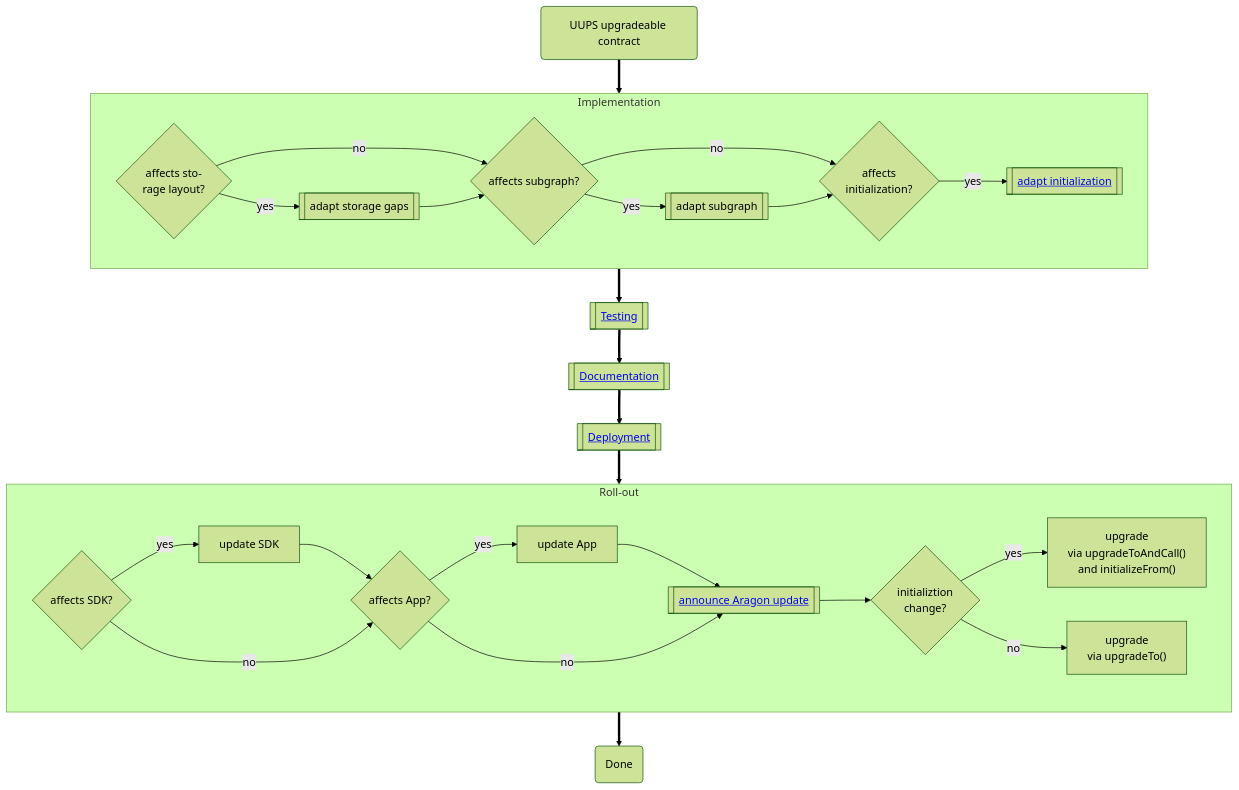
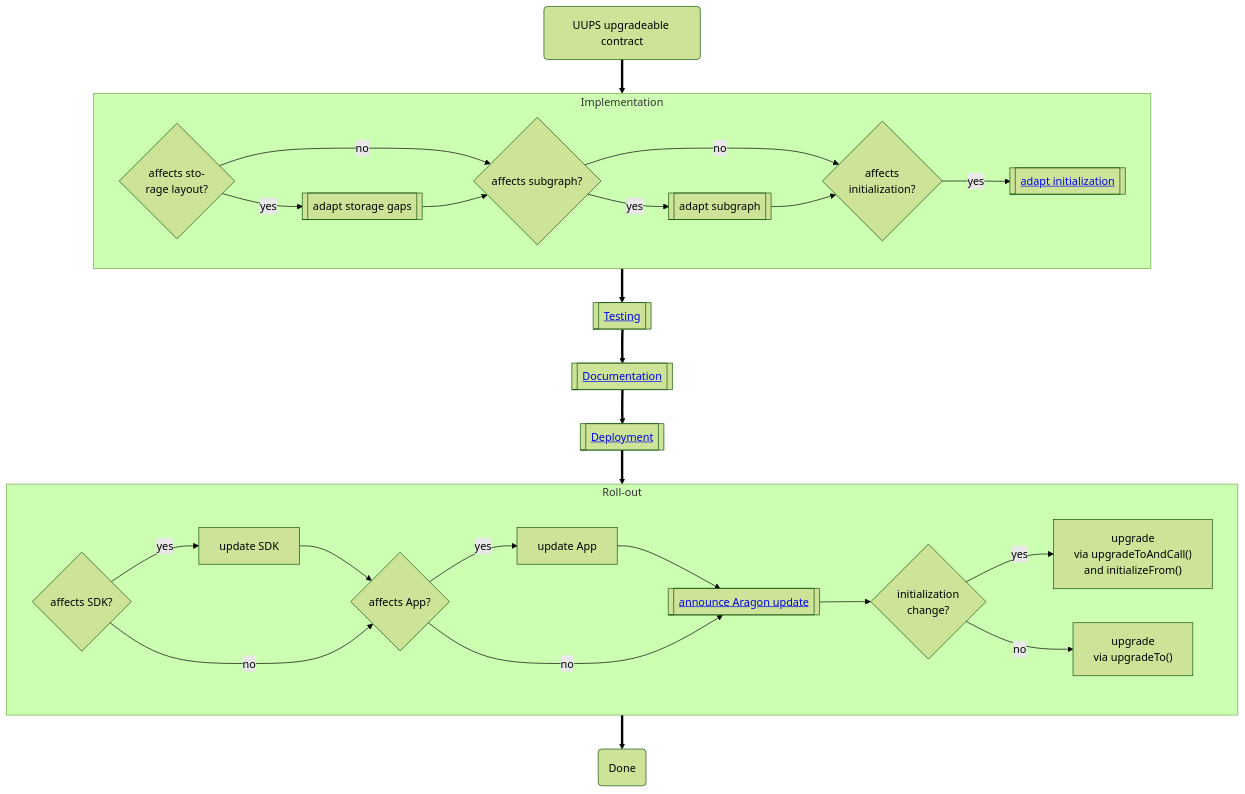
One commit to aragon/osx changed the diagram in packages/contracts/docs/developer-portal/04-framework-lifecycle/03-osx-components/02-upgradeable-contract.md. Above: the diagram before and after it, drawn with Mermaid (forest theme). The commit also changed 7 other files, not shown here.

````diff
--- a/packages/contracts/docs/developer-portal/04-framework-lifecycle/03-osx-components/02-upgradeable-contract.md
+++ b/packages/contracts/docs/developer-portal/04-framework-lifecycle/03-osx-components/02-upgradeable-contract.md
@@ -8,56 +8,56 @@
 ```mermaid
 flowchart TD
     processStart("UUPS upgradeable contract")
     processStart ==> implementation
     subgraph implementation[Implementation]
         affectsStorageGaps{"affects sto- \n rage  layout?"}
         adaptStorageGaps[["adapt storage gaps"]]
 
         affectsSubgraph{"affects subgraph?"}
         adaptSubgraph[["adapt subgraph"]]
 
         affectsInitialization{"affects \n initialization?"}
         adaptInitialization[["<a href='../04-sub-processes/02-contract-initialization.md'> adapt initialization</a>"]]
 
         affectsStorageGaps -->|no| affectsSubgraph
         affectsStorageGaps -->|yes| adaptStorageGaps
         adaptStorageGaps --> affectsSubgraph
 
         affectsSubgraph -->|no| affectsInitialization
         affectsSubgraph -->|yes| adaptSubgraph
         adaptSubgraph --> affectsInitialization
 
 
         affectsInitialization -->|yes| adaptInitialization
     end
 
     implementation ==> testing[[<a href='../03-sub-processes/03-testing.md'>Testing</a>]]
 
     testing ==> docs[[<a href='../03-sub-processes/04-documentation.md'>Documentation</a>]]
 
     docs ==> deployment[[<a href='../03-sub-processes/05-deployment.md'>Deployment</a>]]
 
     deployment ==> rollout
     subgraph rollout[Roll-out]
 
         sdkUpdate["update SDK"]
         affectsSDK{"affects SDK?"}
         affectsSDK -->|yes| sdkUpdate --> affectsApp
         affectsSDK -->|no| affectsApp
 
         appUpdate["update App"]
         affectsApp{"affects App?"}
         affectsApp -->|yes| appUpdate --> announceUpdate
         affectsApp -->|no| announceUpdate
 
         announceUpdate[["<a href='../04-sub-processes/06-aragon-update.md'>announce Aragon update</a>"]]
         announceUpdate --> initializationChange
 
-        initializationChange{"initializtion \n change?"}
+        initializationChange{"initialization \n change?"}
         initializationChange -->|yes| upgradeToAndCall["upgrade \n via upgradeToAndCall() \n and initializeFrom()"]
         initializationChange -->|no| upgradeTo["upgrade \n via upgradeTo()"]
 
     end
 
     rollout ==> processEnd("Done")
 ```
````
